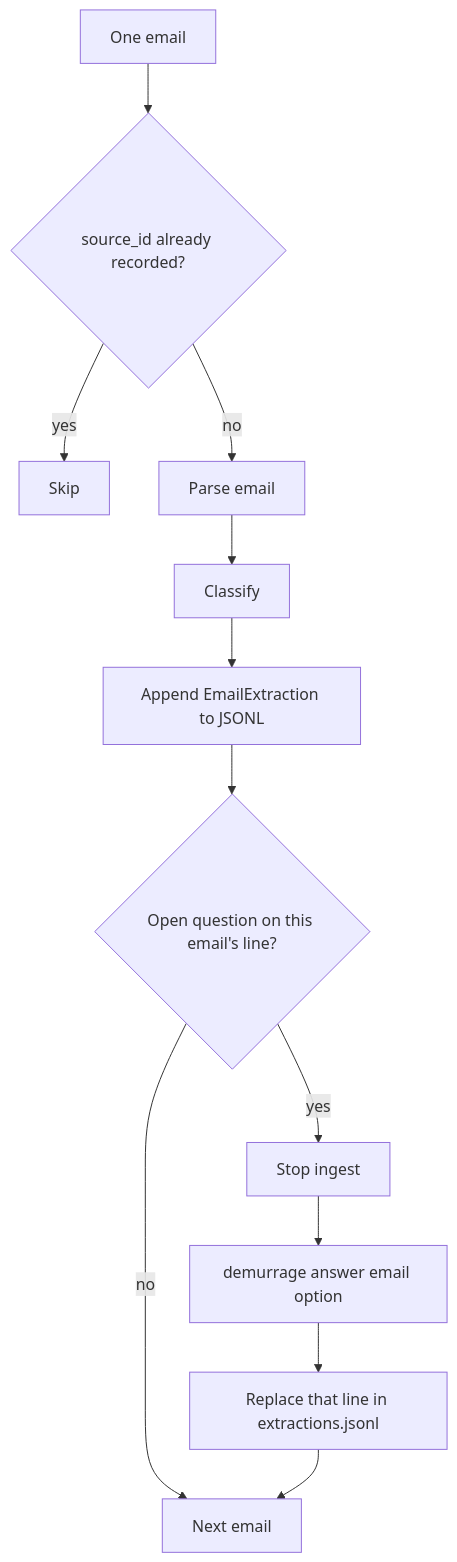
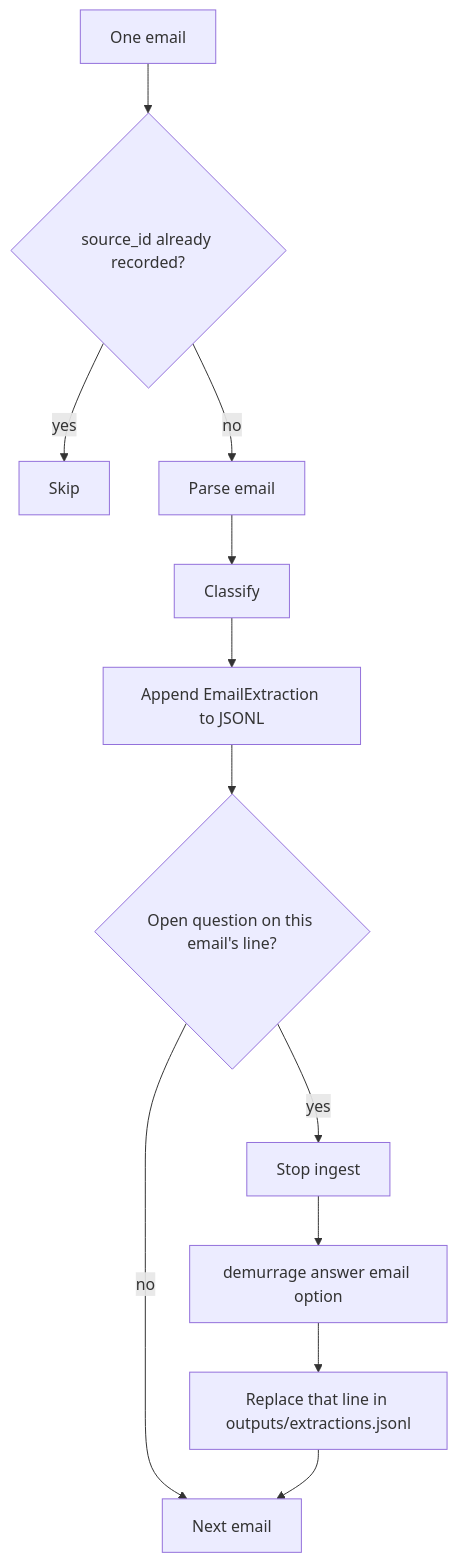
The second of 5 diagrams in ARCHITECTURE.md (silviiaromanato/demurrage), drawn with Mermaid before and after one commit. The commit also changed other lines of this file and 38 other files, not shown here.

````diff
--- a/ARCHITECTURE.md
+++ b/ARCHITECTURE.md
@@ -73,14 +73,14 @@
 ```mermaid
 flowchart TD
     Email["One email"] --> Known{"source_id already recorded?"}
     Known -- yes --> Skip["Skip"]
     Known -- no --> Parse["Parse email"]
     Parse --> Extract["Classify"]
     Extract --> Append["Append EmailExtraction to JSONL"]
     Append --> Open{"Open question on this email's line?"}
     Open -- no --> Next["Next email"]
     Open -- yes --> Pause["Stop ingest"]
     Pause --> Human["demurrage answer email option"]
-    Human --> Replace["Replace that line in extractions.jsonl"]
+    Human --> Replace["Replace that line in outputs/extractions.jsonl"]
     Replace --> Next
 ```
````
